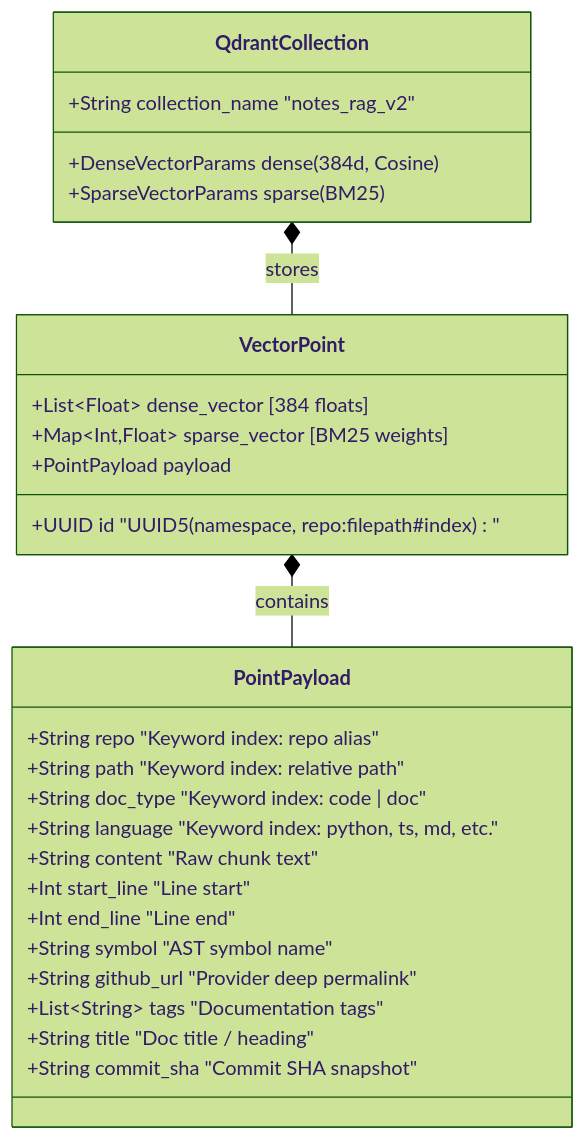
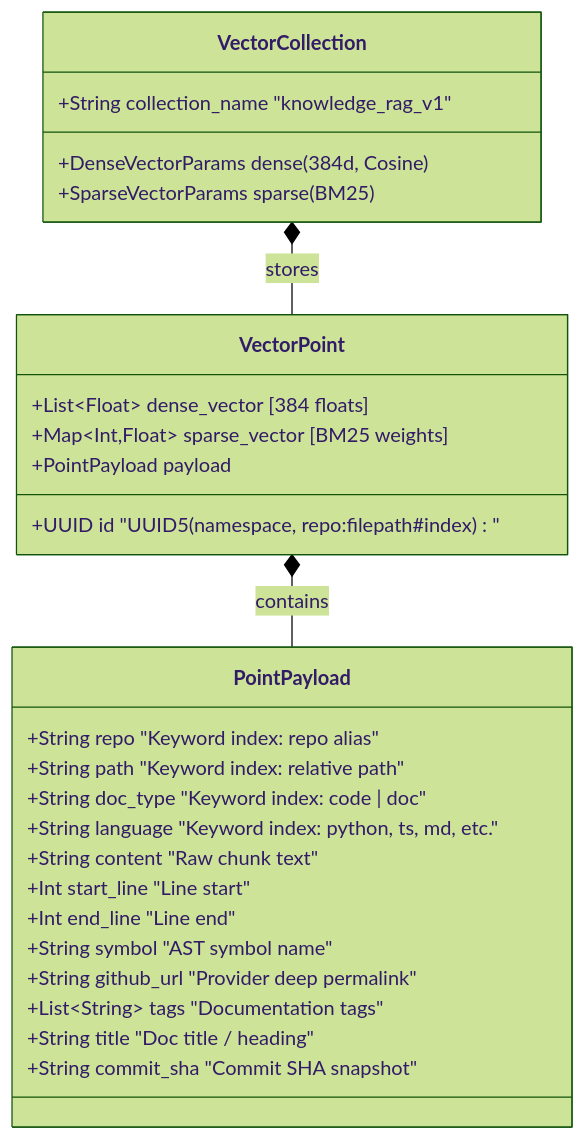
The third of 3 diagrams in ARCHITECTURE.md (spelech/contextcortex), drawn with Mermaid (forest theme) before and after one commit. The commit also changed other lines of this file and 31 other files, not shown here.

Commit message:
refactor: complete repository rebranding to knowledge-rag-mcp

````diff
--- a/ARCHITECTURE.md
+++ b/ARCHITECTURE.md
@@ -240,33 +244,33 @@
 ```mermaid
 classDiagram
-    class QdrantCollection {
-        +String collection_name "notes_rag_v2"
+    class VectorCollection {
+        +String collection_name "knowledge_rag_v1"
         +DenseVectorParams dense (384d, Cosine)
         +SparseVectorParams sparse (BM25)
     }
 
     class VectorPoint {
         +UUID id "UUID5(namespace, repo:filepath#index)"
         +List~Float~ dense_vector [384 floats]
         +Map~Int,Float~ sparse_vector [BM25 weights]
         +PointPayload payload
     }
 
     class PointPayload {
         +String repo "Keyword index: repo alias"
         +String path "Keyword index: relative path"
         +String doc_type "Keyword index: code | doc"
         +String language "Keyword index: python, ts, md, etc."
         +String content "Raw chunk text"
         +Int start_line "Line start"
         +Int end_line "Line end"
         +String symbol "AST symbol name"
         +String github_url "Provider deep permalink"
         +List~String~ tags "Documentation tags"
         +String title "Doc title / heading"
         +String commit_sha "Commit SHA snapshot"
     }
 
-    QdrantCollection *-- VectorPoint : stores
+    VectorCollection *-- VectorPoint : stores
     VectorPoint *-- PointPayload : contains
 ```
````
